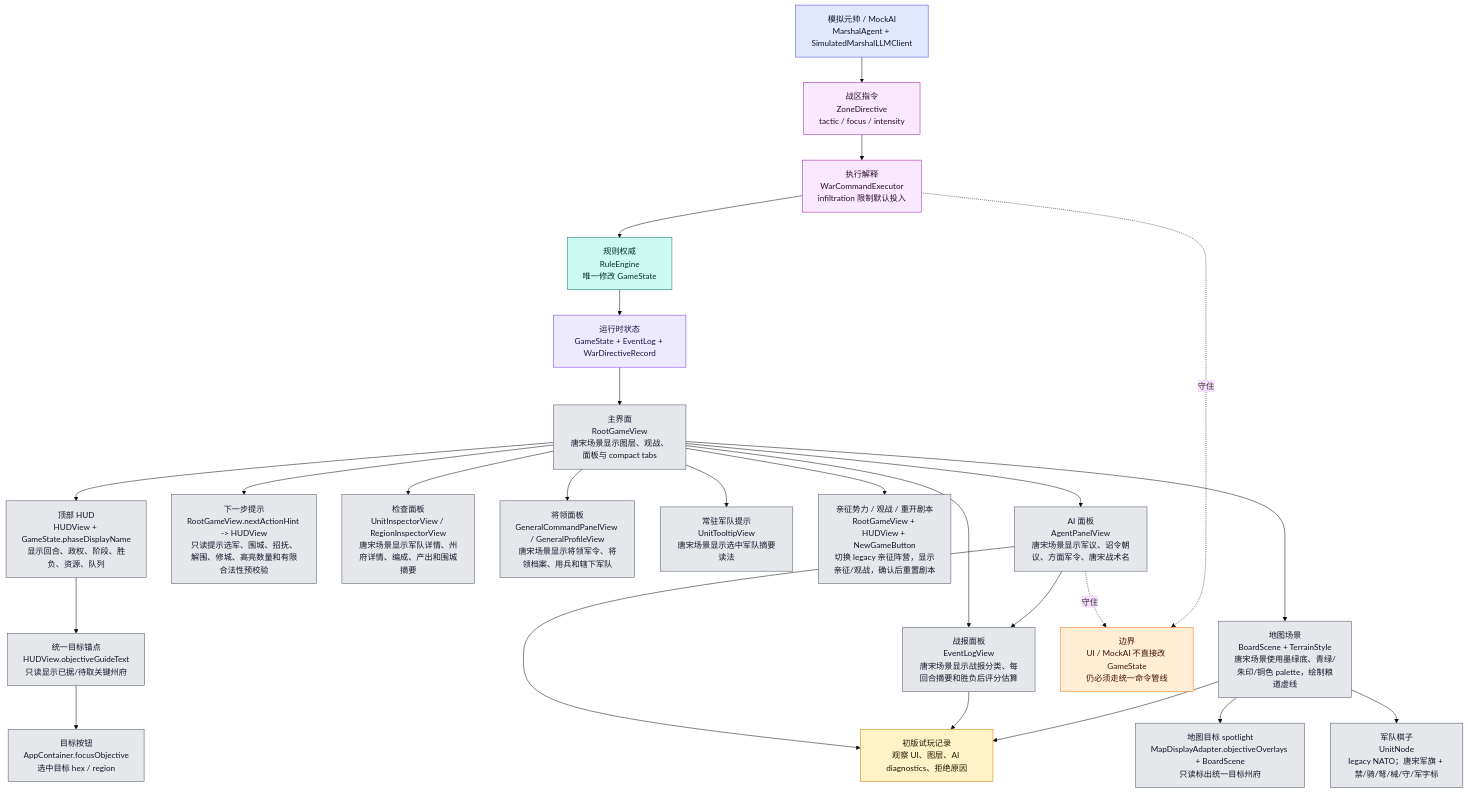
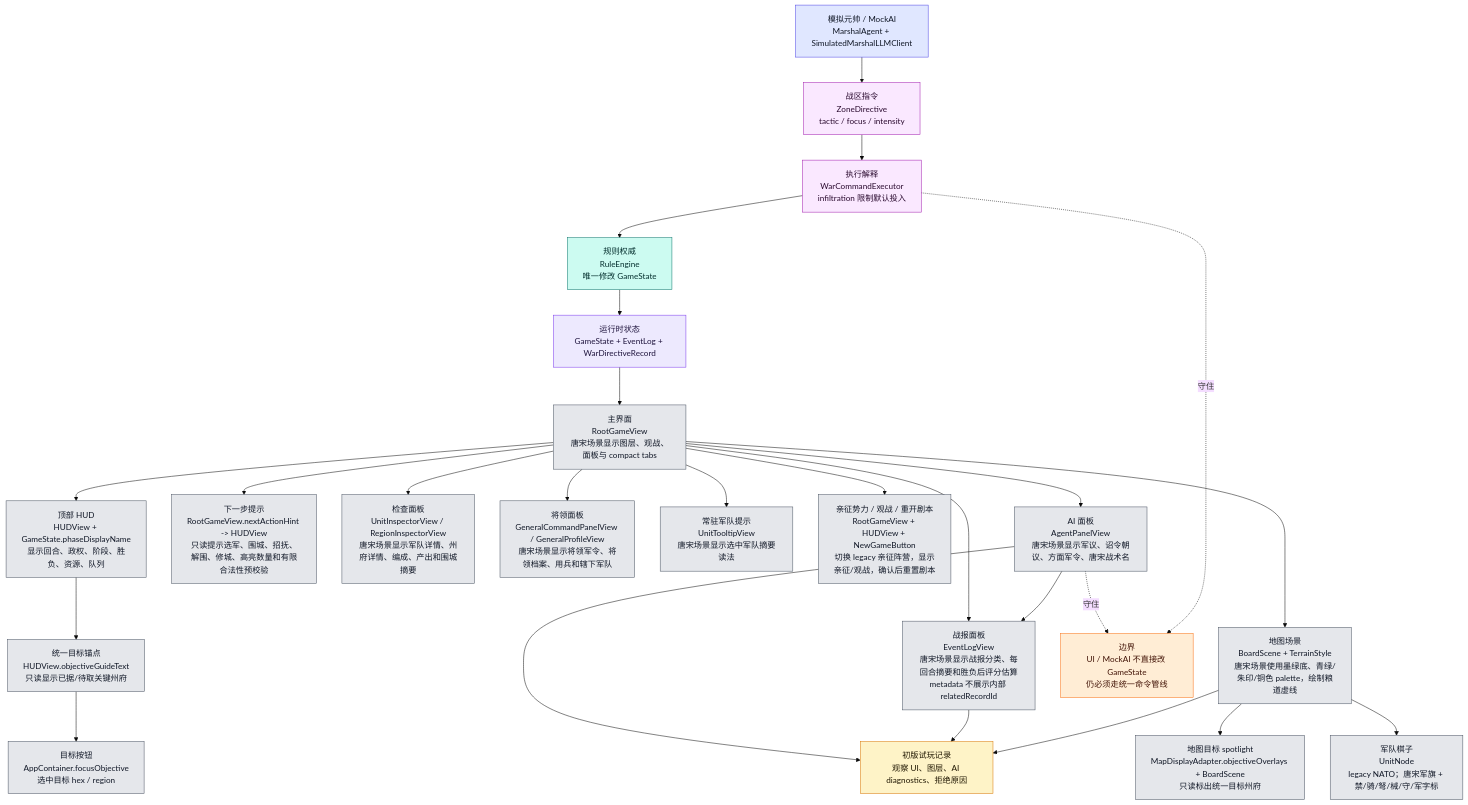
The tenth of 12 diagrams in md/flow/flowchart.md (Altman-sam114/125), drawn with Mermaid (base theme) before and after one commit. The commit also changed other lines of this file and 10 other files, not shown here.

````diff
--- a/md/flow/flowchart.md
+++ b/md/flow/flowchart.md
@@ -572,54 +573,54 @@
 ```mermaid
 flowchart TD
     STATE["运行时状态<br/>GameState + EventLog + WarDirectiveRecord"]:::state
     ROOT["主界面<br/>RootGameView<br/>唐宋场景显示图层、观战、面板与 compact tabs"]:::ui
     HUD["顶部 HUD<br/>HUDView + GameState.phaseDisplayName<br/>显示回合、政权、阶段、胜负、资源、队列"]:::ui
     GOAL["统一目标锚点<br/>HUDView.objectiveGuideText<br/>只读显示已据/待取关键州府"]:::ui
     FOCUS["目标按钮<br/>AppContainer.focusObjective<br/>选中目标 hex / region"]:::ui
     SPOTLIGHT["地图目标 spotlight<br/>MapDisplayAdapter.objectiveOverlays + BoardScene<br/>只读标出统一目标州府"]:::ui
     HINT["下一步提示<br/>RootGameView.nextActionHint -> HUDView<br/>只读提示选军、围城、招抚、解围、修城、高亮数量和有限合法性预校验"]:::ui
     INSPECT["检查面板<br/>UnitInspectorView / RegionInspectorView<br/>唐宋场景显示军队详情、州府详情、编成、产出和围城摘要"]:::ui
     GENPANELS["将领面板<br/>GeneralCommandPanelView / GeneralProfileView<br/>唐宋场景显示将领军令、将领档案、用兵和辖下军队"]:::ui
     TOOLTIP["常驻军队提示<br/>UnitTooltipView<br/>唐宋场景显示选中军队摘要读法"]:::ui
     SESSIONHUD["亲征势力 / 观战 / 重开剧本<br/>RootGameView + HUDView + NewGameButton<br/>切换 legacy 亲征阵营，显示亲征/观战，确认后重置剧本"]:::ui
-    LOG["战报面板<br/>EventLogView<br/>唐宋场景显示战报分类、每回合摘要和胜负后评分估算"]:::ui
+    LOG["战报面板<br/>EventLogView<br/>唐宋场景显示战报分类、每回合摘要和胜负后评分估算<br/>metadata 不展示内部 relatedRecordId"]:::ui
     AIUI["AI 面板<br/>AgentPanelView<br/>唐宋场景显示军议、诏令朝议、方面军令、唐宋战术名"]:::ui
     BOARD["地图场景<br/>BoardScene + TerrainStyle<br/>唐宋场景使用墨绿底、青绿/朱印/铜色 palette，绘制粮道虚线"]:::ui
     UNIT["军队棋子<br/>UnitNode<br/>legacy NATO；唐宋军旗 + 禁/骑/弩/械/守/军字标"]:::ui
     MARSHAL["模拟元帅 / MockAI<br/>MarshalAgent + SimulatedMarshalLLMClient"]:::ai
     ZD["战区指令<br/>ZoneDirective<br/>tactic / focus / intensity"]:::command
     WCE["执行解释<br/>WarCommandExecutor<br/>infiltration 限制默认投入"]:::command
     RULE["规则权威<br/>RuleEngine<br/>唯一修改 GameState"]:::rules
     PLAYTEST["初版试玩记录<br/>观察 UI、图层、AI diagnostics、拒绝原因"]:::doc
 
     STATE --> ROOT
     ROOT --> HUD
     HUD --> GOAL --> FOCUS
     BOARD --> SPOTLIGHT
     ROOT --> HINT
     ROOT --> INSPECT
     ROOT --> GENPANELS
     ROOT --> TOOLTIP
     ROOT --> SESSIONHUD
     ROOT --> LOG
     ROOT --> AIUI
     AIUI --> LOG
     ROOT --> BOARD
     BOARD --> UNIT
     MARSHAL --> ZD --> WCE --> RULE --> STATE
     AIUI --> PLAYTEST
     LOG --> PLAYTEST
     BOARD --> PLAYTEST
 
     WARN["边界<br/>UI / MockAI 不直接改 GameState<br/>仍必须走统一命令管线"]:::warn
     AIUI -.守住.-> WARN
     WCE -.守住.-> WARN
 
     classDef state fill:#ede9fe,stroke:#7c3aed,color:#1f143d
     classDef ui fill:#e5e7eb,stroke:#4b5563,color:#111827
     classDef ai fill:#e0e7ff,stroke:#4f46e5,color:#111827
     classDef command fill:#fae8ff,stroke:#a21caf,color:#2a0a2f
     classDef rules fill:#ccfbf1,stroke:#0f766e,color:#042f2e
     classDef doc fill:#fef3c7,stroke:#d97706,color:#1f1600
     classDef warn fill:#ffedd5,stroke:#f97316,color:#431407
 ```
````
